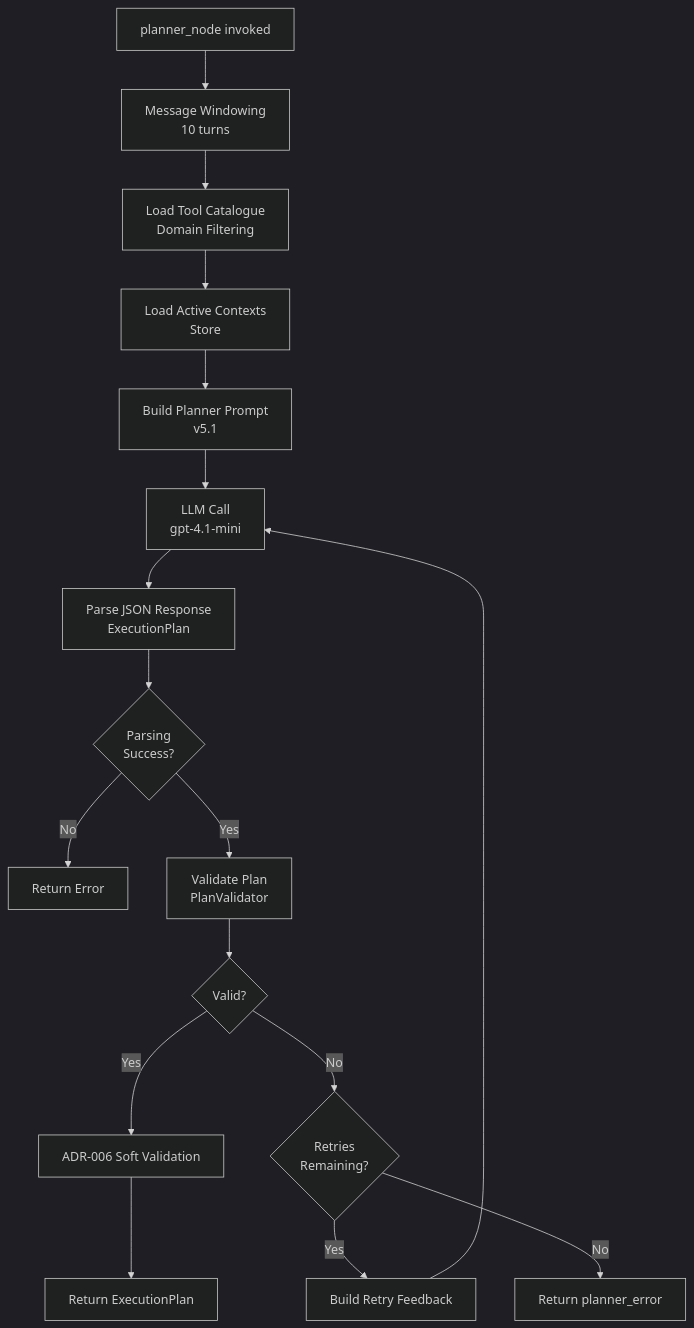
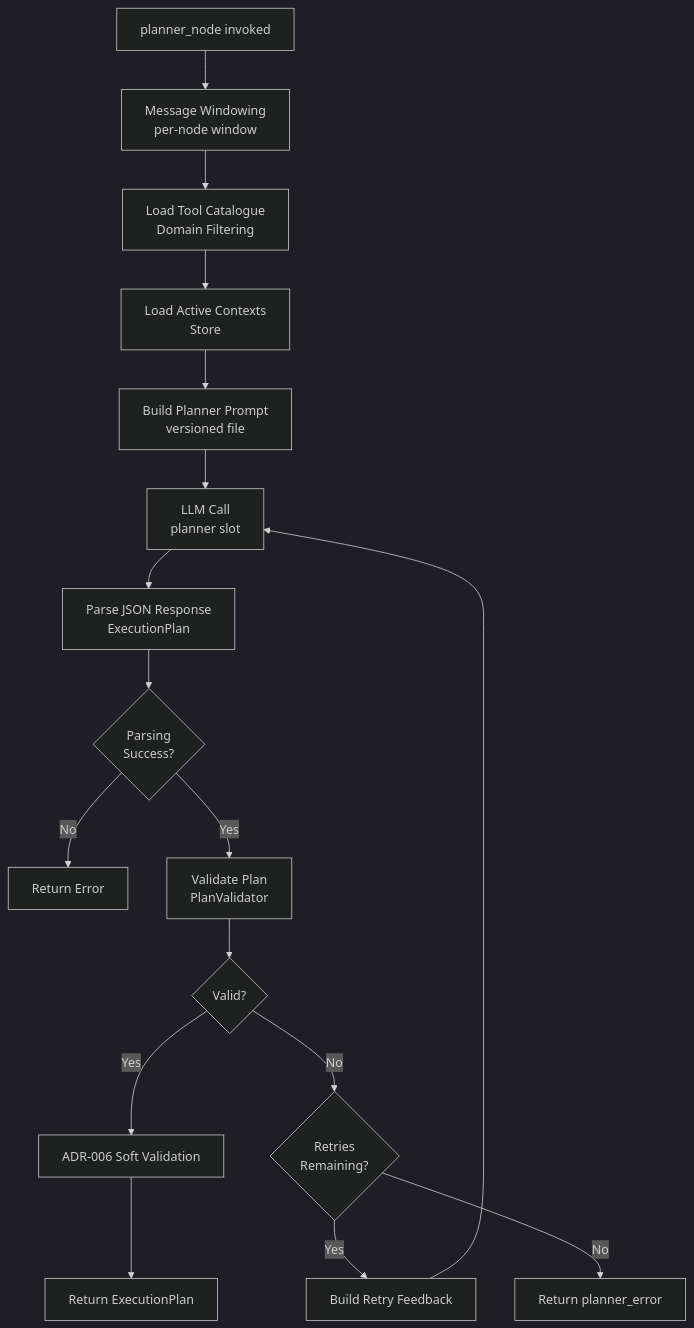
Before and after one commit to jgouviergmail/LIA-Assistant: the second of 7 diagrams in docs/technical/PLANNER.md, drawn with Mermaid (dark theme). The commit also changed other lines of this file and 123 other files, not shown here.

````diff
--- a/docs/technical/PLANNER.md
+++ b/docs/technical/PLANNER.md
@@ -85,19 +85,19 @@
 ```mermaid
 graph TD
-    A[planner_node invoked] --> B[Message Windowing<br/>10 turns]
+    A[planner_node invoked] --> B[Message Windowing<br/>per-node window]
     B --> C[Load Tool Catalogue<br/>Domain Filtering]
     C --> D[Load Active Contexts<br/>Store]
-    D --> E[Build Planner Prompt<br/>v5.1]
-    E --> F[LLM Call<br/>gpt-4.1-mini]
+    D --> E[Build Planner Prompt<br/>versioned file]
+    E --> F[LLM Call<br/>planner slot]
     F --> G[Parse JSON Response<br/>ExecutionPlan]
     G --> H{Parsing<br/>Success?}
     H -->|No| Z[Return Error]
     H -->|Yes| I[Validate Plan<br/>PlanValidator]
     I --> J{Valid?}
     J -->|Yes| K[ADR-006 Soft Validation]
     K --> L[Return ExecutionPlan]
     J -->|No| M{Retries<br/>Remaining?}
     M -->|Yes| N[Build Retry Feedback]
     N --> F
     M -->|No| O[Return planner_error]
 ```
````
